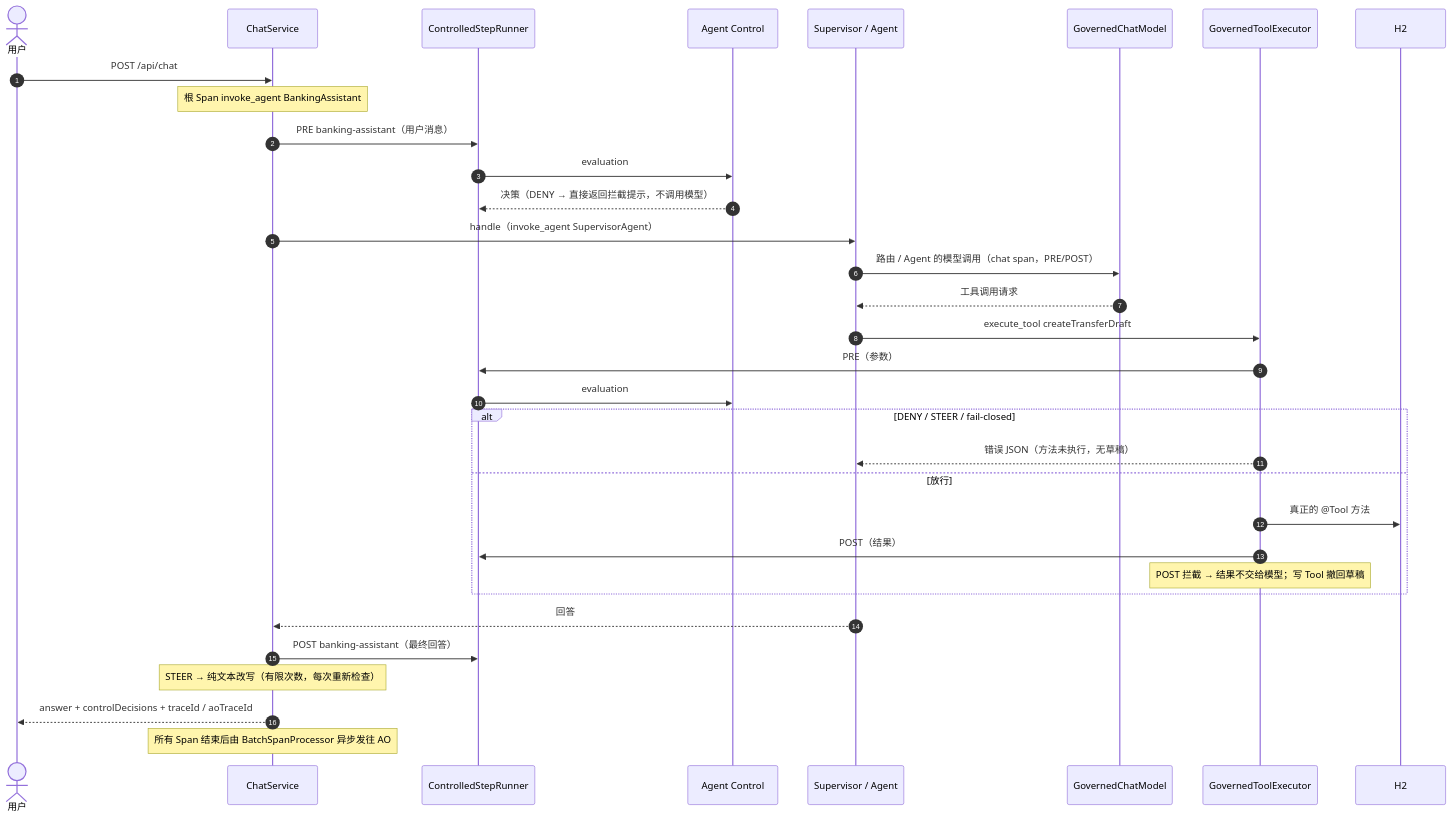
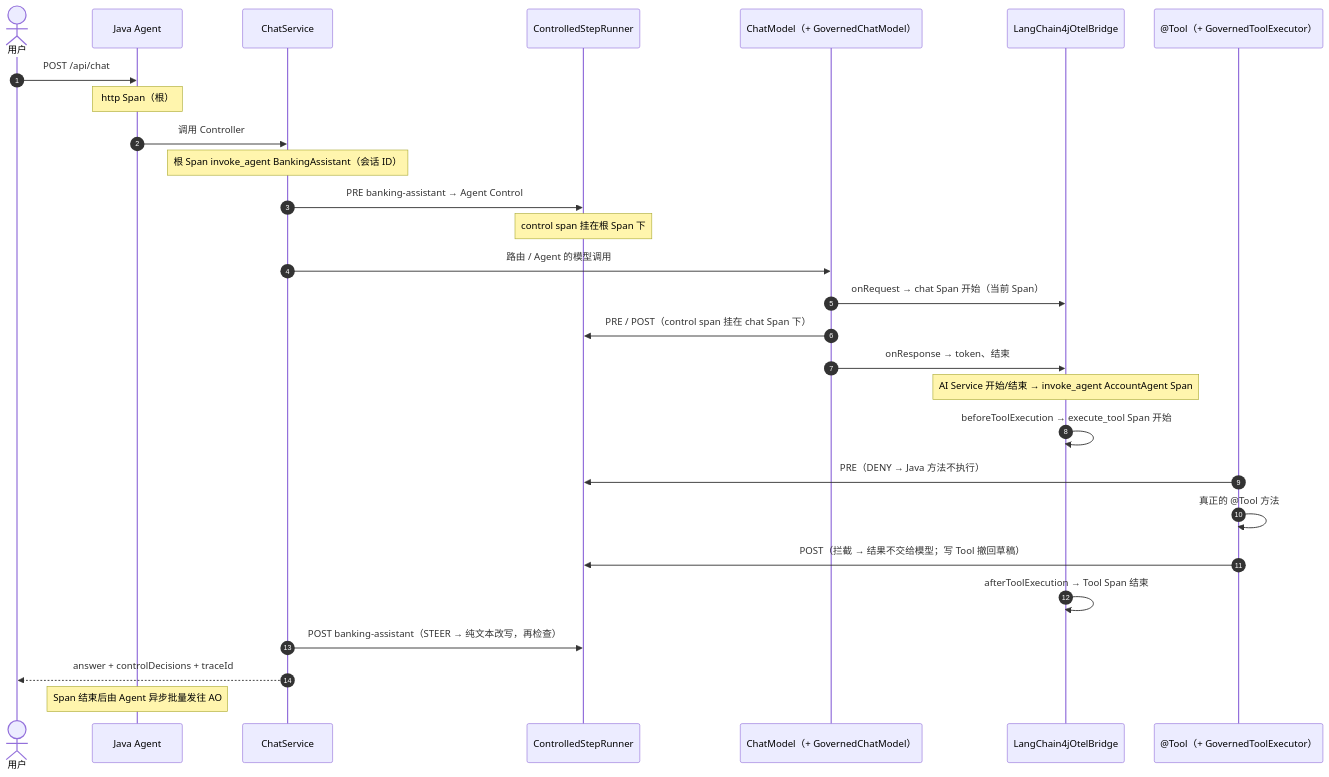
The third of 3 diagrams in docs/galileo/ARCHITECTURE.md (highopes/bank-agent-java), drawn with Mermaid before and after one commit. The commit also changed other lines of this file and 61 other files, not shown here.

````diff
--- a/docs/galileo/ARCHITECTURE.md
+++ b/docs/galileo/ARCHITECTURE.md
@@ -105,35 +118,30 @@
 ```mermaid
 sequenceDiagram
     autonumber
     actor U as 用户
+    participant JA as Java Agent
     participant CS as ChatService
     participant R as ControlledStepRunner
-    participant AC as Agent Control
-    participant SUP as Supervisor / Agent
-    participant M as GovernedChatModel
-    participant T as GovernedToolExecutor
-    participant DB as H2
-    U->>CS: POST /api/chat
-    Note over CS: 根 Span invoke_agent BankingAssistant
-    CS->>R: PRE banking-assistant（用户消息）
-    R->>AC: evaluation
-    AC-->>R: 决策（DENY → 直接返回拦截提示，不调用模型）
-    CS->>SUP: handle（invoke_agent SupervisorAgent）
-    SUP->>M: 路由 / Agent 的模型调用（chat span，PRE/POST）
-    M-->>SUP: 工具调用请求
-    SUP->>T: execute_tool createTransferDraft
-    T->>R: PRE（参数）
-    R->>AC: evaluation
-    alt DENY / STEER / fail-closed
-        T-->>SUP: 错误 JSON（方法未执行，无草稿）
-    else 放行
-        T->>DB: 真正的 @Tool 方法
-        T->>R: POST（结果）
-        Note over T: POST 拦截 → 结果不交给模型；写 Tool 撤回草稿
-    end
-    SUP-->>CS: 回答
-    CS->>R: POST banking-assistant（最终回答）
-    Note over CS: STEER → 纯文本改写（有限次数，每次重新检查）
-    CS-->>U: answer + controlDecisions + traceId / aoTraceId
-    Note over CS: 所有 Span 结束后由 BatchSpanProcessor 异步发往 AO
+    participant M as ChatModel（+ GovernedChatModel）
+    participant BR as LangChain4jOtelBridge
+    participant T as @Tool（+ GovernedToolExecutor）
+    U->>JA: POST /api/chat
+    Note over JA: http Span（根）
+    JA->>CS: 调用 Controller
+    Note over CS: 根 Span invoke_agent BankingAssistant（会话 ID）
+    CS->>R: PRE banking-assistant → Agent Control
+    Note over R: control span 挂在根 Span 下
+    CS->>M: 路由 / Agent 的模型调用
+    M->>BR: onRequest → chat Span 开始（当前 Span）
+    M->>R: PRE / POST（control span 挂在 chat Span 下）
+    M->>BR: onResponse → token、结束
+    Note over BR: AI Service 开始/结束 → invoke_agent AccountAgent Span
+    BR->>BR: beforeToolExecution → execute_tool Span 开始
+    T->>R: PRE（DENY → Java 方法不执行）
+    T->>T: 真正的 @Tool 方法
+    T->>R: POST（拦截 → 结果不交给模型；写 Tool 撤回草稿）
+    BR->>BR: afterToolExecution → Tool Span 结束
+    CS->>R: POST banking-assistant（STEER → 纯文本改写，再检查）
+    CS-->>U: answer + controlDecisions + traceId
+    Note over JA: Span 结束后由 Agent 异步批量发往 AO
 ```
````
